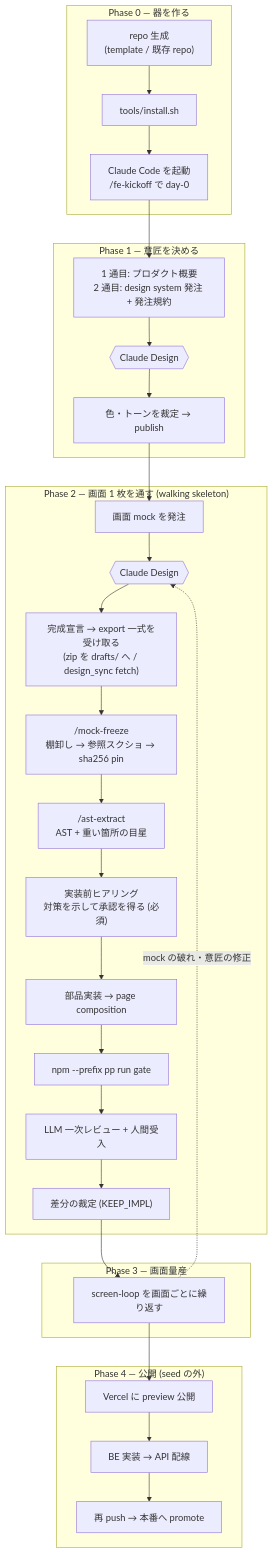
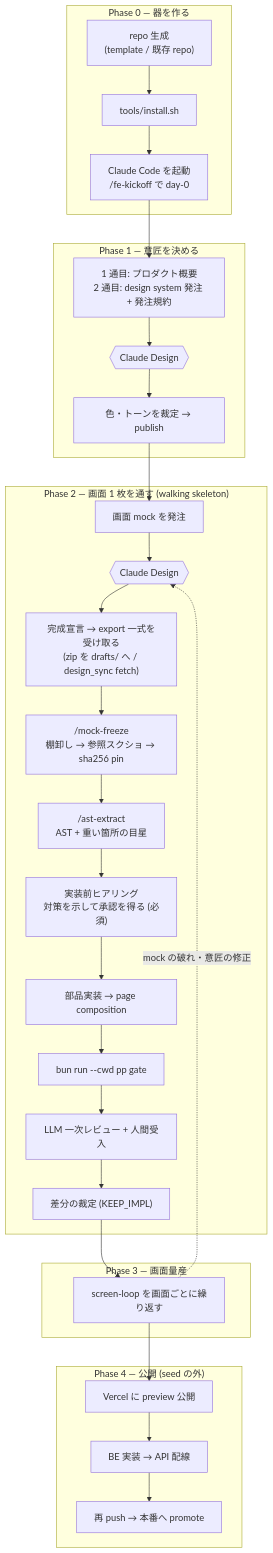
The diagram in README.md (h2suzuki/claude-design-fe-starter), drawn with Mermaid before and after one commit. The commit also changed 16 other files, not shown here.

````diff
--- a/README.md
+++ b/README.md
@@ -72,33 +72,33 @@
 ```mermaid
 flowchart TD
   subgraph P0["Phase 0 — 器を作る"]
     A["repo 生成<br/>(template / 既存 repo)"] --> B["tools/install.sh"]
     B --> C["Claude Code を起動<br/>/fe-kickoff で day-0"]
   end
   subgraph P1["Phase 1 — 意匠を決める"]
     C --> D["1 通目: プロダクト概要<br/>2 通目: design system 発注 + 発注規約"]
     D --> CD1{{"Claude Design"}}
     CD1 --> E["色・トーンを裁定 → publish"]
   end
   subgraph P2["Phase 2 — 画面 1 枚を通す (walking skeleton)"]
     E --> F["画面 mock を発注"]
     F --> CD2{{"Claude Design"}}
     CD2 --> G["完成宣言 → export 一式を受け取る<br/>(zip を drafts/ へ / design_sync fetch)"]
     G --> H["/mock-freeze<br/>棚卸し → 参照スクショ → sha256 pin"]
     H --> I["/ast-extract<br/>AST + 重い箇所の目星"]
     I --> J["実装前ヒアリング<br/>対策を示して承認を得る (必須)"]
     J --> K["部品実装 → page composition"]
-    K --> L["npm --prefix pp run gate"]
+    K --> L["bun run --cwd pp gate"]
     L --> M["LLM 一次レビュー + 人間受入"]
     M --> N["差分の裁定 (KEEP_IMPL)"]
   end
   subgraph P3["Phase 3 — 画面量産"]
     N --> O["screen-loop を画面ごとに繰り返す"]
     O -.->|"mock の破れ・意匠の修正"| CD2
   end
   subgraph P4["Phase 4 — 公開 (seed の外)"]
     O --> Q["Vercel に preview 公開"]
     Q --> R["BE 実装 → API 配線"]
     R --> S["再 push → 本番へ promote"]
   end
 ```
````
